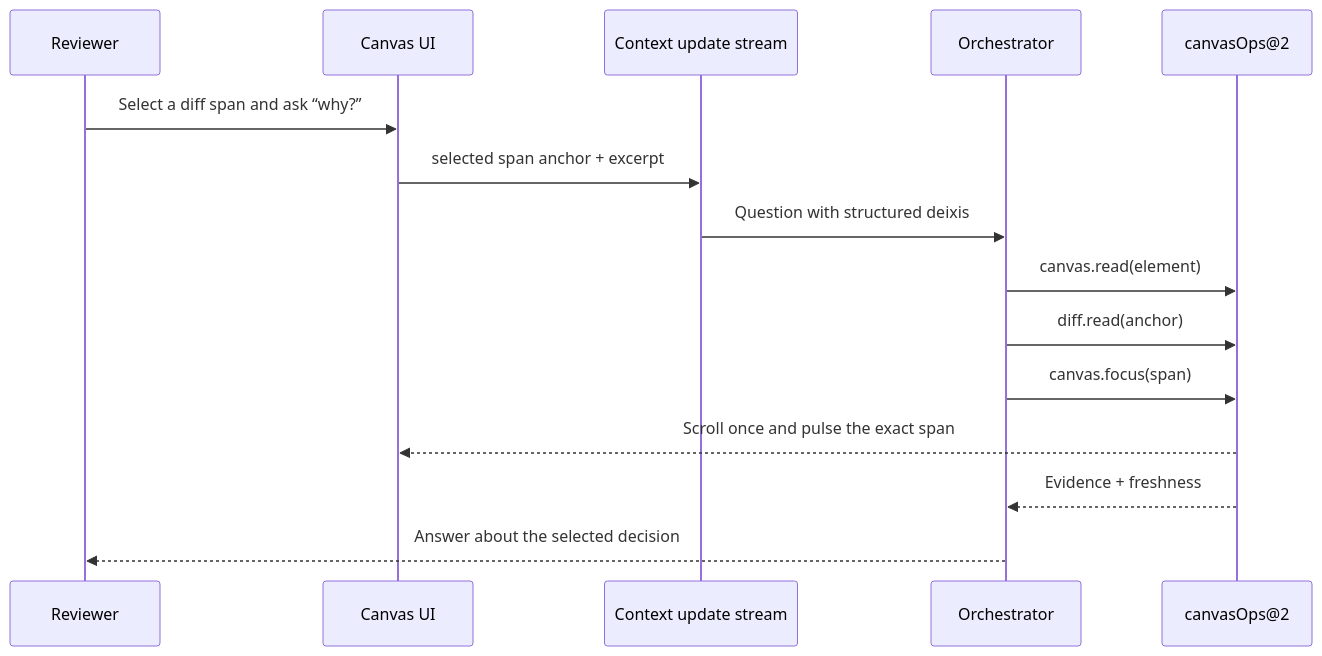
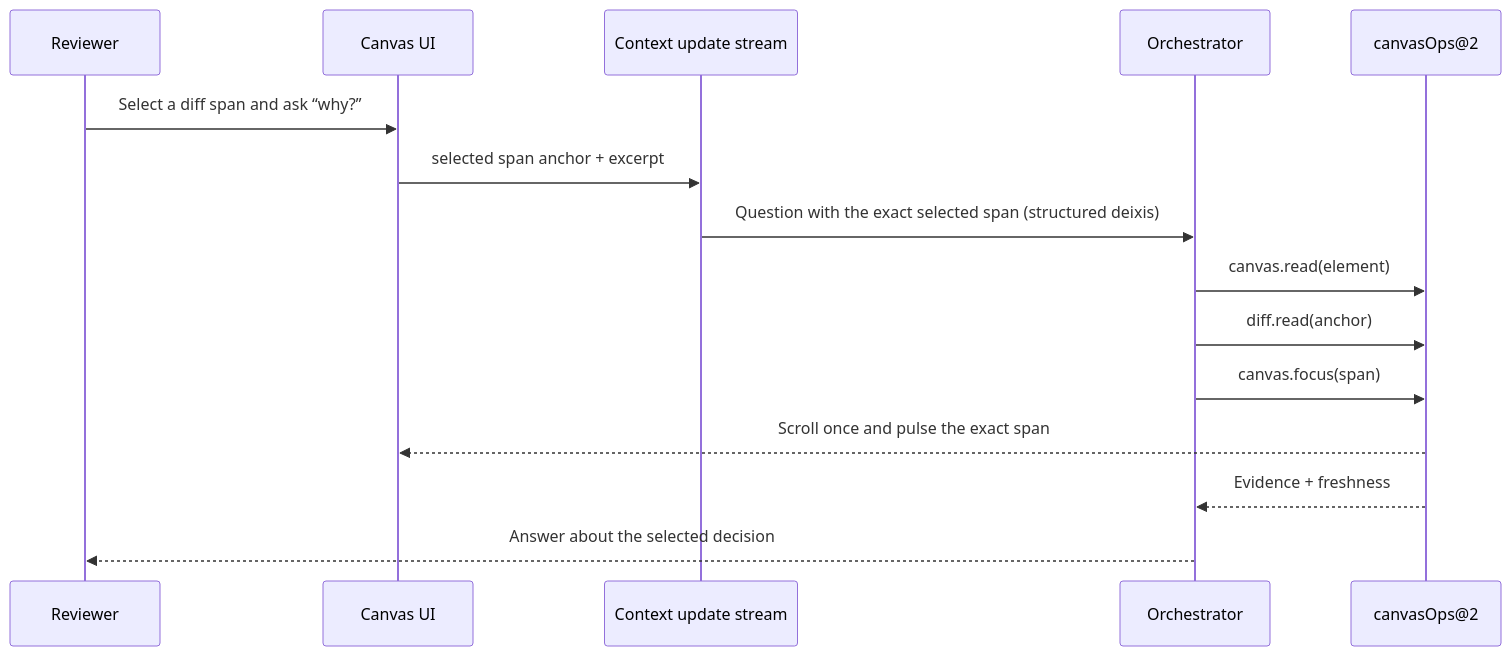
One commit to rbutera/Rennet changed the second of 2 diagrams in docs/src/content/docs/developing/concepts/context-assembly.md. Above: the diagram before and after it, drawn with Mermaid. The commit also changed other lines of this file and 24 other files, not shown here.

````diff
--- a/docs/src/content/docs/developing/concepts/context-assembly.md
+++ b/docs/src/content/docs/developing/concepts/context-assembly.md
@@ -105,18 +106,18 @@
 ```mermaid
 sequenceDiagram
   participant U as Reviewer
   participant C as Canvas UI
   participant S as Context update stream
   participant O as Orchestrator
   participant T as canvasOps@2
 
   U->>C: Select a diff span and ask “why?”
   C->>S: selected span anchor + excerpt
-  S->>O: Question with structured deixis
+  S->>O: Question with the exact selected span (structured deixis)
   O->>T: canvas.read(element)
   O->>T: diff.read(anchor)
   O->>T: canvas.focus(span)
   T-->>C: Scroll once and pulse the exact span
   T-->>O: Evidence + freshness
   O-->>U: Answer about the selected decision
 ```
````
